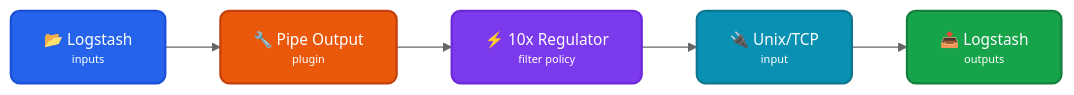
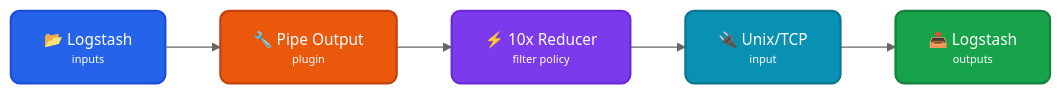
One commit to log-10x/modules changed the diagram in pipelines/run/modules/input/forwarder/logstash/regulate/doc.md. Above: the diagram before and after it, drawn with Mermaid (neutral theme). The commit also changed other lines of this file and 74 other files, not shown here.

First line of the commit message:
refactor: rename apps/regulator → apps/reducer (#21)

````diff
--- a/pipelines/run/modules/input/forwarder/logstash/regulate/doc.md
+++ b/pipelines/run/modules/input/forwarder/logstash/regulate/doc.md
@@ -11,19 +11,19 @@
 ```mermaid
 graph LR
     A["<div style='font-size: 14px;'>📂 Logstash</div><div style='font-size: 10px;'>inputs</div>"] --> B["<div style='font-size: 14px;'>🔧 Pipe Output</div><div style='font-size: 10px;'>plugin</div>"]
-    B --> C["<div style='font-size: 14px;'>⚡ 10x Regulator</div><div style='font-size: 10px;'>filter policy</div>"]
+    B --> C["<div style='font-size: 14px;'>⚡ 10x Reducer</div><div style='font-size: 10px;'>filter policy</div>"]
     C --> D["<div style='font-size: 14px;'>🔌 Unix/TCP</div><div style='font-size: 10px;'>input</div>"]
     D --> E["<div style='font-size: 14px;'>📤 Logstash</div><div style='font-size: 10px;'>outputs</div>"]
 
     classDef input fill:#2563eb,stroke:#1d4ed8,color:#ffffff,stroke-width:2px,rx:8,ry:8
     classDef filter fill:#ea580c,stroke:#c2410c,color:#ffffff,stroke-width:2px,rx:8,ry:8
     classDef engine fill:#7c3aed,stroke:#6d28d9,color:#ffffff,stroke-width:2px,rx:8,ry:8
     classDef socket fill:#0891b2,stroke:#0e7490,color:#ffffff,stroke-width:2px,rx:8,ry:8
     classDef output fill:#16a34a,stroke:#15803d,color:#ffffff,stroke-width:2px,rx:8,ry:8
 
     class A input
     class B filter
     class C engine
     class D socket
     class E output
 ```
````
